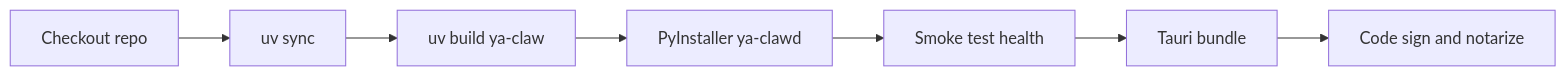
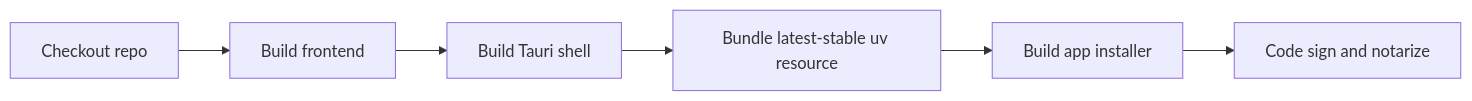
Before and after one commit to Alexsu26/ya-mono: the second of 3 diagrams in apps/ya-desktop/spec/01-local-sidecar-packaging.md, drawn with Mermaid. The commit also changed other lines of this file and 25 other files, not shown here.

````diff
--- a/apps/ya-desktop/spec/01-local-sidecar-packaging.md
+++ b/apps/ya-desktop/spec/01-local-sidecar-packaging.md
@@ -151,9 +286,8 @@
 ```mermaid
 flowchart LR
-    Checkout[Checkout repo] --> UV[uv sync]
-    UV --> Wheel[uv build ya-claw]
-    Wheel --> PyInstaller[PyInstaller ya-clawd]
-    PyInstaller --> Smoke[Smoke test health]
-    Smoke --> Tauri[Tauri bundle]
-    Tauri --> Sign[Code sign and notarize]
+    Checkout[Checkout repo] --> Frontend[Build frontend]
+    Frontend --> Rust[Build Tauri shell]
+    Rust --> UV[Bundle latest-stable uv resource]
+    UV --> Package[Build app installer]
+    Package --> Sign[Code sign and notarize]
 ```
````
